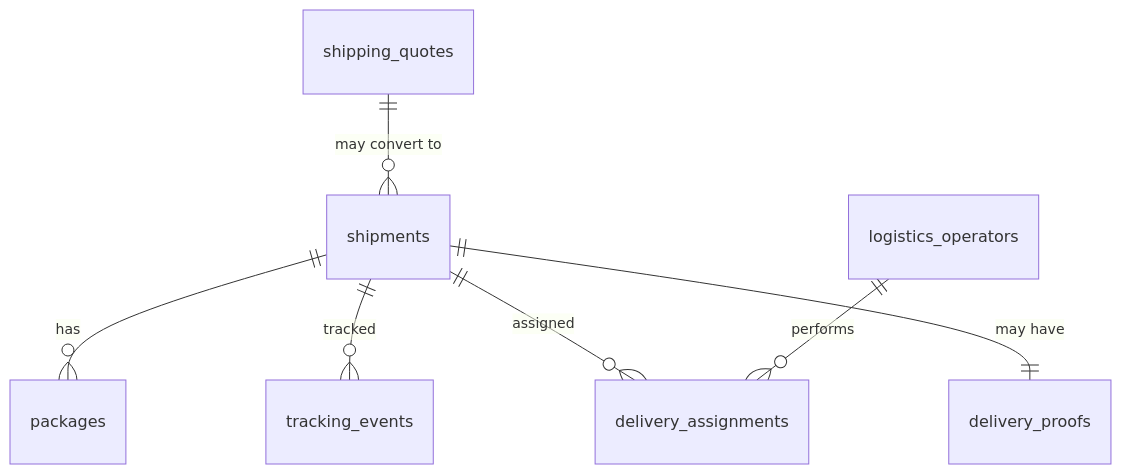
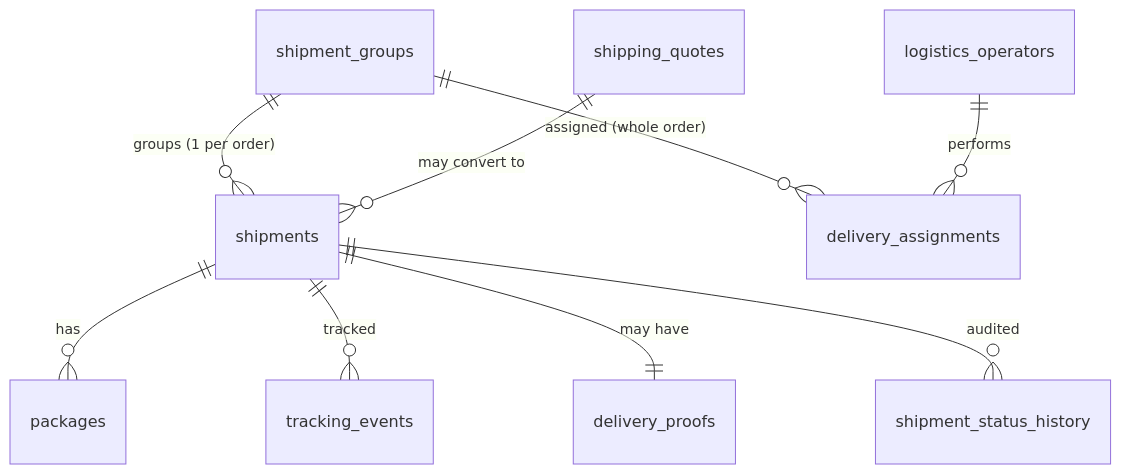
The third of 4 diagrams in documentacion/04-modelo-de-datos.md (IAW-2026/proyecto-c-buyer2-bicimarket), drawn with Mermaid before and after one commit. The commit also changed other lines of this file and 9 other files, not shown here.

````diff
--- a/documentacion/04-modelo-de-datos.md
+++ b/documentacion/04-modelo-de-datos.md
@@ -371,9 +404,11 @@
 ```mermaid
 erDiagram
+    shipment_groups ||--o{ shipments : "groups (1 per order)"
+    shipment_groups ||--o{ delivery_assignments : "assigned (whole order)"
     shipping_quotes ||--o{ shipments : "may convert to"
     shipments ||--o{ packages : has
     shipments ||--o{ tracking_events : tracked
-    shipments ||--o{ delivery_assignments : assigned
     shipments ||--|| delivery_proofs : "may have"
+    shipments ||--o{ shipment_status_history : audited
     logistics_operators ||--o{ delivery_assignments : performs
 ```
````
